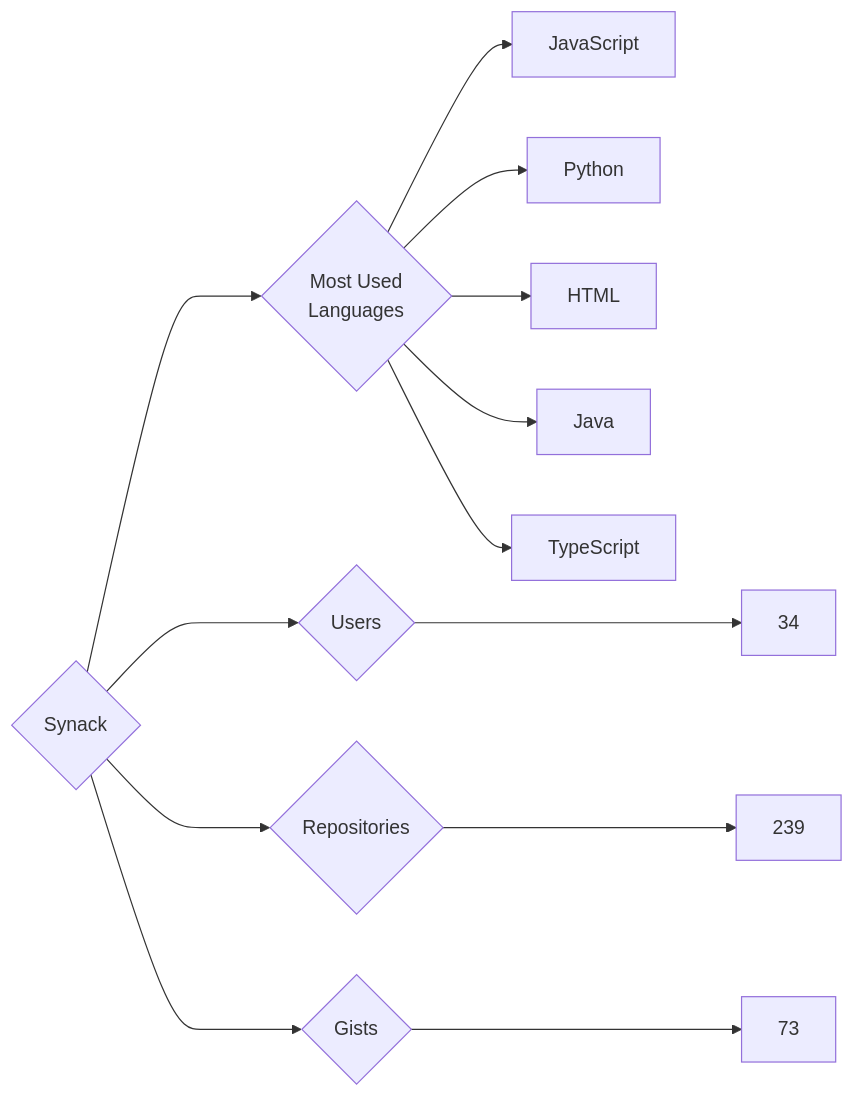
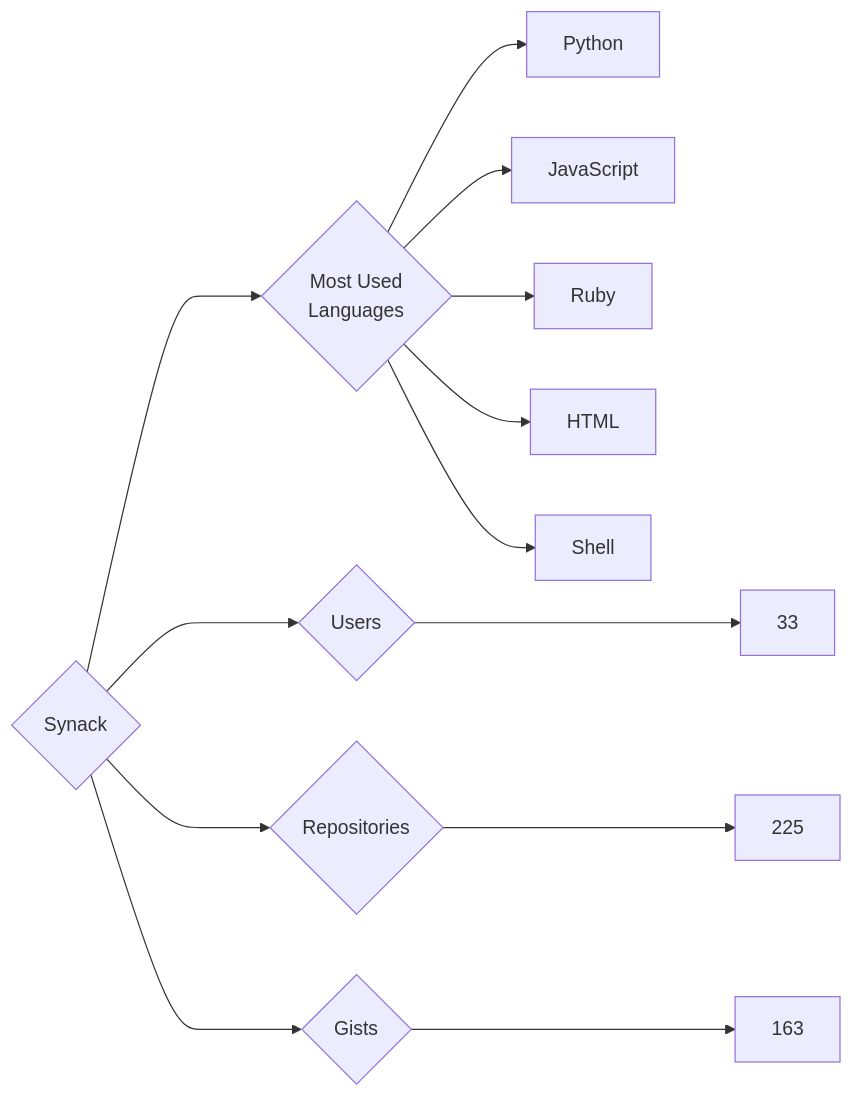
Before and after one commit to trickest/insiders: the diagram in targets/Synack/README.md, drawn with Mermaid. The commit also changed 920 other files, not shown here.

````diff
--- a/targets/Synack/README.md
+++ b/targets/Synack/README.md
@@ -3,13 +3,13 @@
 ```mermaid
 graph LR
 COMPANY_NAME{Synack}
-COMPANY_NAME ---> U{Users} ---> UN[34]
-COMPANY_NAME ---> R{Repositories} ---> RN[239]
-COMPANY_NAME ---> G{Gists} ---> GN[73]
+COMPANY_NAME ---> U{Users} ---> UN[33]
+COMPANY_NAME ---> R{Repositories} ---> RN[225]
+COMPANY_NAME ---> G{Gists} ---> GN[163]
 COMPANY_NAME ---> ML{Most Used<br>Languages}
+ML --> Python[Python]
 ML --> JavaScript[JavaScript]
-ML --> Python[Python]
+ML --> Ruby[Ruby]
 ML --> HTML[HTML]
-ML --> Java[Java]
-ML --> TypeScript[TypeScript]
+ML --> Shell[Shell]
 ```
````
